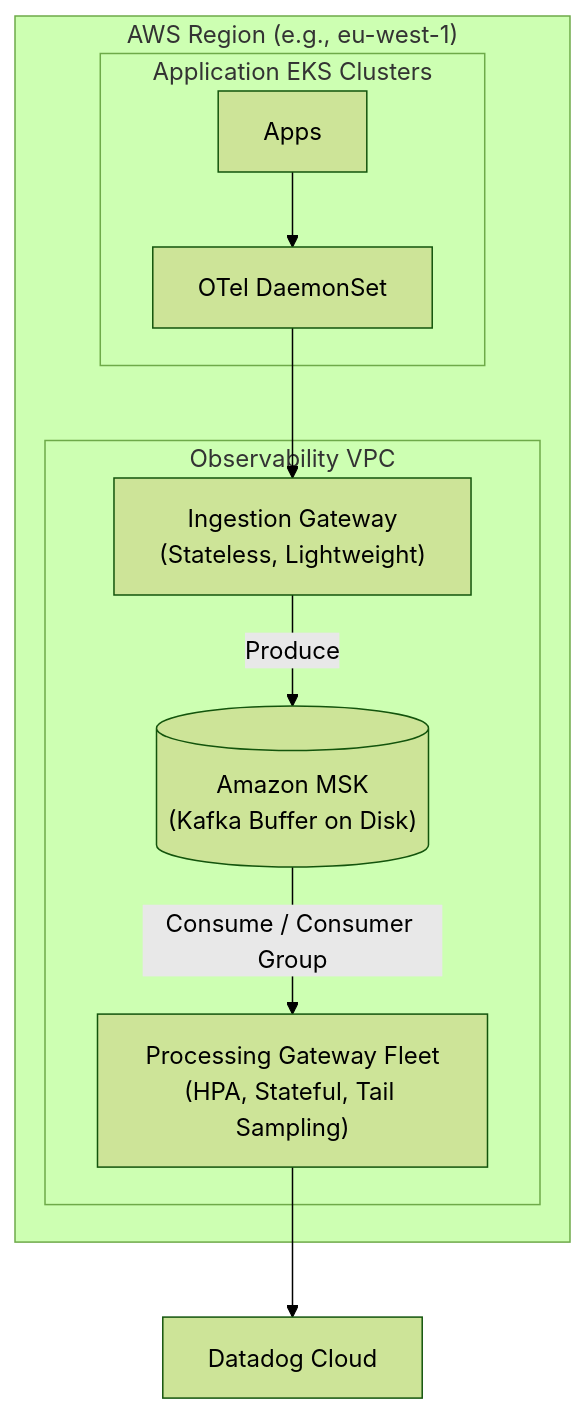
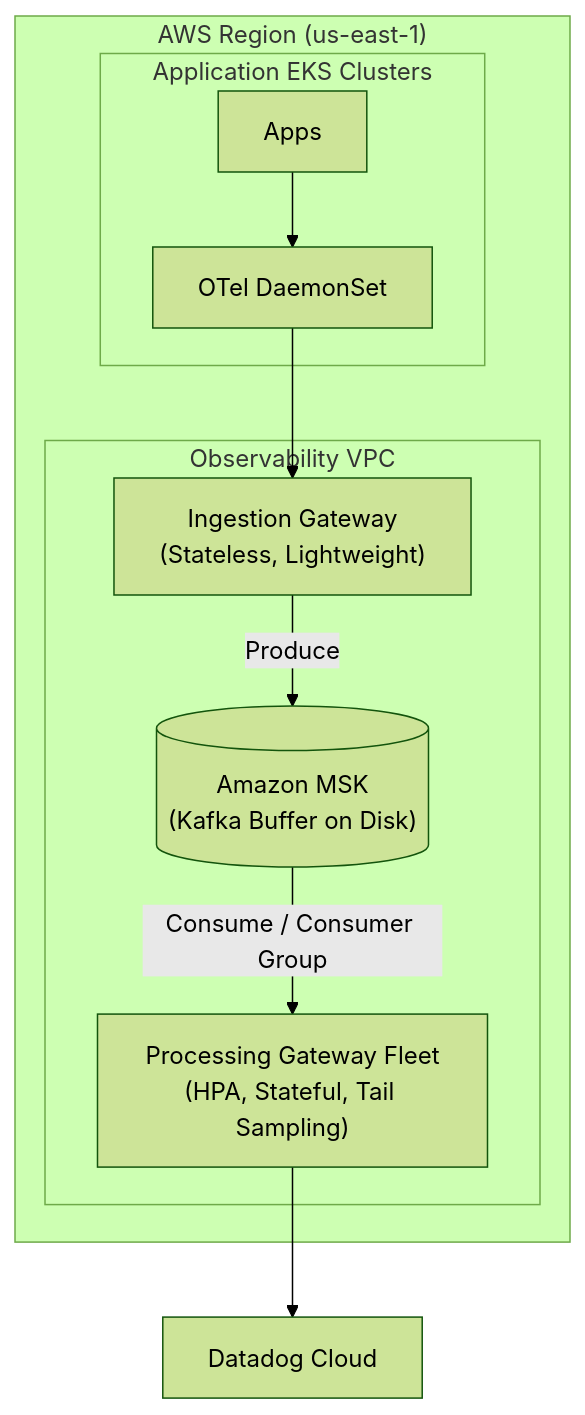
One commit to ok-karthik/eks-otel-observability-sandbox changed the fifth of 5 diagrams in architecture-decisions-and-tradeoffs.md. Above: the diagram before and after it, drawn with Mermaid (forest theme). The commit also changed other lines of this file and 19 other files, not shown here.

Commit message:
feat: implement observability platform foundations, including tail-sampling configurations, golden signal dashboards, and Helm-based alerting, while refining architecture decision documentation.

````diff
--- a/architecture-decisions-and-tradeoffs.md
+++ b/architecture-decisions-and-tradeoffs.md
@@ -156,21 +142,21 @@
 ```mermaid
 graph TD
-    subgraph Region["AWS Region (e.g., eu-west-1)"]
+    subgraph Region["AWS Region (us-east-1)"]
         
         subgraph AppClusters["Application EKS Clusters"]
             App["Apps"] --> DS["OTel DaemonSet"]
         end
         
         subgraph ObsVPC["Observability VPC"]
             IngestGateway["Ingestion Gateway<br/>(Stateless, Lightweight)"]
             Kafka[("Amazon MSK<br/>(Kafka Buffer on Disk)")]
             ProcessGateway["Processing Gateway Fleet<br/>(HPA, Stateful, Tail Sampling)"]
             
             DS --> IngestGateway
             IngestGateway -->|Produce| Kafka
             Kafka -->|Consume / Consumer Group| ProcessGateway
         end
     end
     
     ProcessGateway --> Datadog["Datadog Cloud"]
 ```
````
